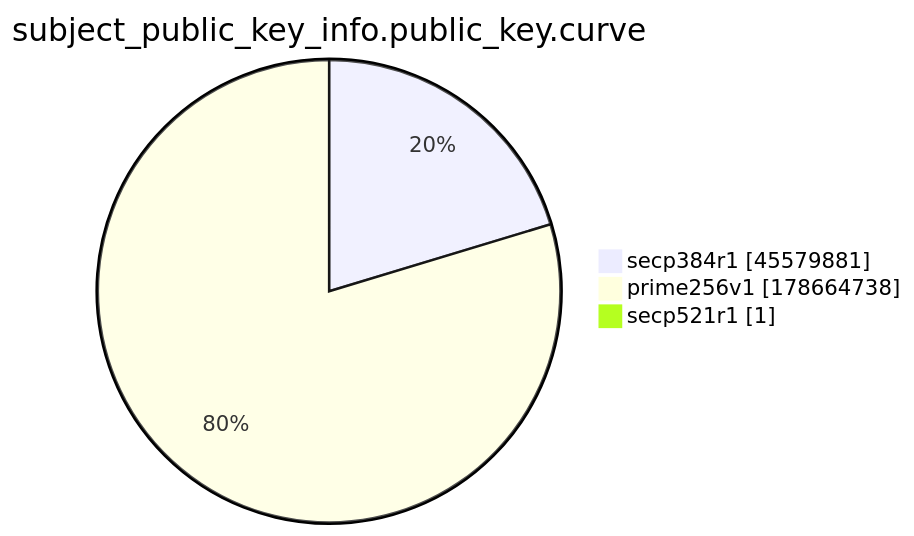
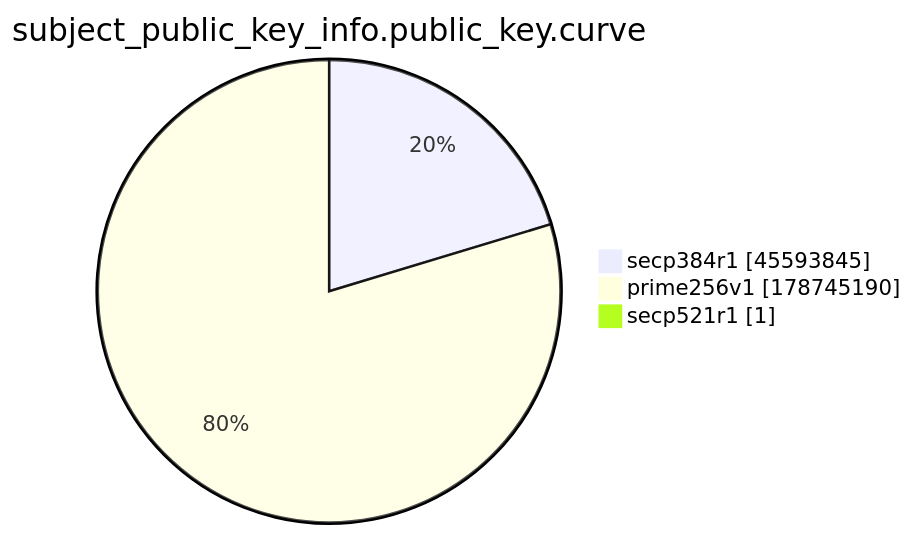
Before and after one commit to christiankrug/ctmonitor_visualization: the ninth of 15 diagrams in xenon2022/README.md, drawn with Mermaid. The commit also changed other lines of this file, not shown here.

````diff
--- a/xenon2022/README.md
+++ b/xenon2022/README.md
@@ -2873,7 +2873,7 @@
 ```mermaid
 pie showData
 title subject_public_key_info.public_key.curve
-"secp384r1" :45579881
-"prime256v1" :178664738
+"secp384r1" :45593845
+"prime256v1" :178745190
 "secp521r1" :1
 ```
````
